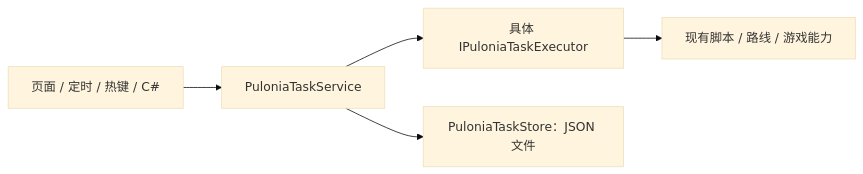
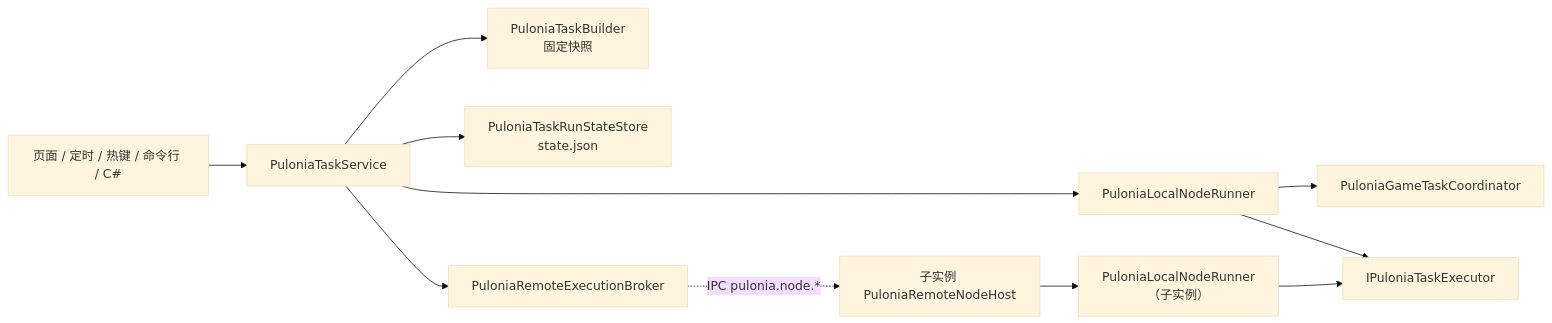
One commit to babalae/better-genshin-impact changed the diagram in Docs/design/pulonia/execution.md. Above: the diagram before and after it, drawn with Mermaid (base theme). The commit also changed other lines of this file and 204 other files, not shown here.

````diff
--- a/Docs/design/pulonia/execution.md
+++ b/Docs/design/pulonia/execution.md
@@ -9,7 +9,13 @@
 ```mermaid
 flowchart LR
-    Entry[页面 / 定时 / 热键 / C#] --> Service[PuloniaTaskService]
-    Service --> Executors[具体 IPuloniaTaskExecutor]
-    Service --> Store[PuloniaTaskStore：JSON 文件]
-    Executors --> Existing[现有脚本 / 路线 / 游戏能力]
+    Entry["页面 / 定时 / 热键 / 命令行 / C#"] --> Service["PuloniaTaskService"]
+    Service --> Builder["PuloniaTaskBuilder<br/>固定快照"]
+    Service --> RunState["PuloniaTaskRunStateStore<br/>state.json"]
+    Service --> Local["PuloniaLocalNodeRunner"]
+    Service --> Broker["PuloniaRemoteExecutionBroker"]
+    Broker -. "IPC pulonia.node.*" .-> Host["子实例 PuloniaRemoteNodeHost"]
+    Host --> Local2["PuloniaLocalNodeRunner（子实例）"]
+    Local --> Coord["PuloniaGameTaskCoordinator"]
+    Local --> Executors["IPuloniaTaskExecutor"]
+    Local2 --> Executors
 ```
````
